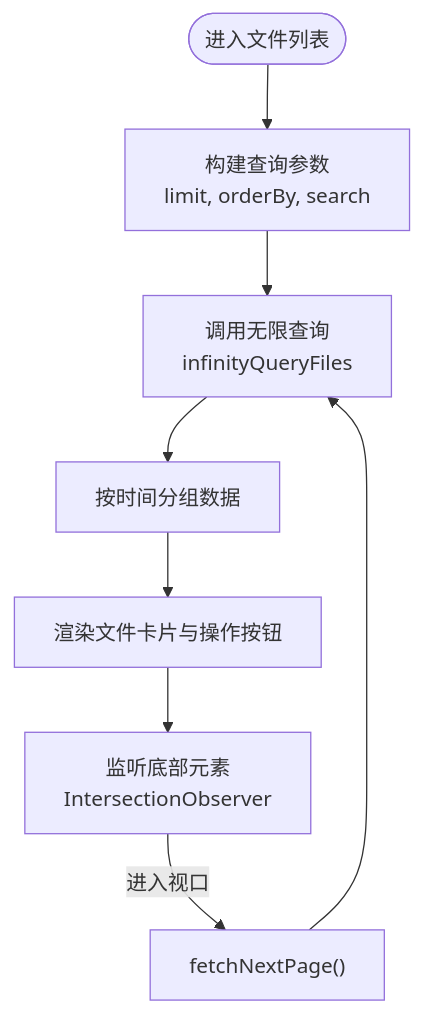
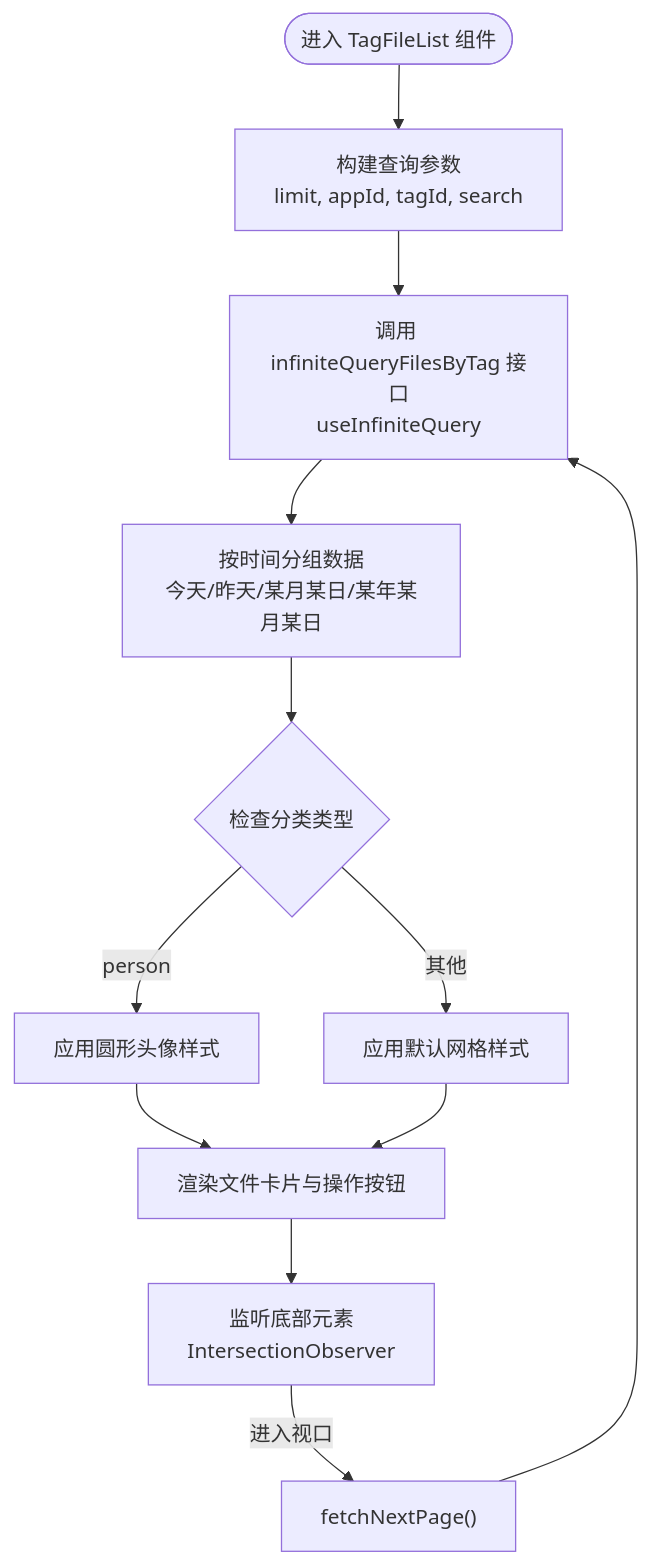
The sixth of 8 diagrams in .qoder/repowiki/zh/content/核心功能模块/文件管理系统/文件管理系统.md (RadiumAg/image-saas), drawn with Mermaid before and after one commit. The commit also changed other lines of this file and 6 other files, not shown here.

````diff
--- a/.qoder/repowiki/zh/content/核心功能模块/文件管理系统/文件管理系统.md
+++ b/.qoder/repowiki/zh/content/核心功能模块/文件管理系统/文件管理系统.md
@@ -261,10 +333,14 @@
 ```mermaid
 flowchart TD
-Start(["进入文件列表"]) --> BuildQuery["构建查询参数<br/>limit, orderBy, search"]
-BuildQuery --> FetchPage["调用无限查询<br/>infinityQueryFiles"]
-FetchPage --> GroupData["按时间分组数据"]
-GroupData --> Render["渲染文件卡片与操作按钮"]
+Start(["进入 TagFileList 组件"]) --> BuildQuery["构建查询参数<br/>limit, appId, tagId, search"]
+BuildQuery --> FetchPage["调用 infiniteQueryFilesByTag 接口<br/>useInfiniteQuery"]
+FetchPage --> GroupData["按时间分组数据<br/>今天/昨天/某月某日/某年某月某日"]
+GroupData --> CheckVariant{"检查分类类型"}
+CheckVariant --> |person| PersonStyle["应用圆形头像样式"]
+CheckVariant --> |其他| DefaultStyle["应用默认网格样式"]
+PersonStyle --> Render["渲染文件卡片与操作按钮"]
+DefaultStyle --> Render
 Render --> Observe["监听底部元素<br/>IntersectionObserver"]
 Observe --> |进入视口| FetchNext["fetchNextPage()"]
 FetchNext --> FetchPage
 ```
````
